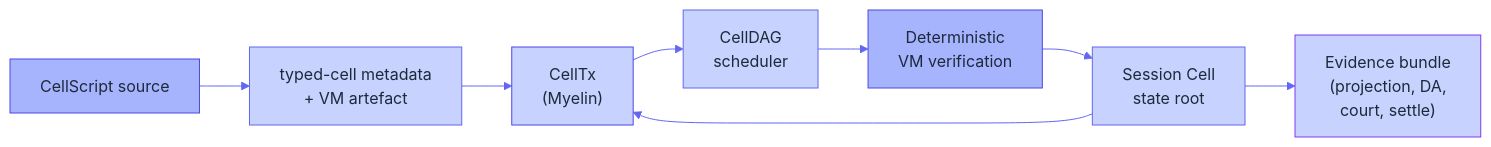
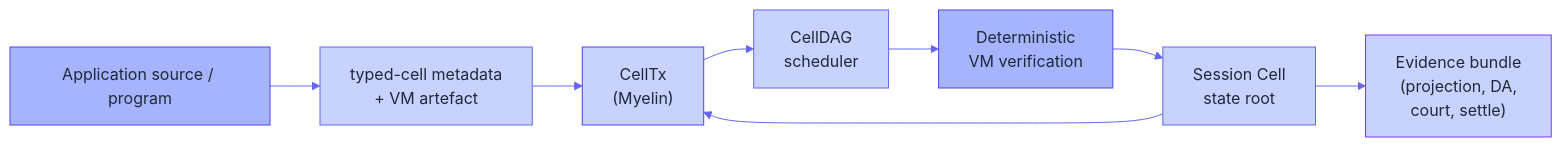
The first of 10 diagrams in docs/reference/architecture-diagrams.md (Myelin-Labs/Myelin), drawn with Mermaid before and after one commit. The commit also changed other lines of this file and 55 other files, not shown here.

Commit message:
Decouple CellScript tooling behind a generic contract artifact boundary

````diff
--- a/docs/reference/architecture-diagrams.md
+++ b/docs/reference/architecture-diagrams.md
@@ -18,33 +18,33 @@
 ```mermaid
 %%{init: {
   "theme": "base",
   "themeVariables": {
     "primaryColor": "#A5B4FC",
     "primaryTextColor": "#1E293B",
     "primaryBorderColor": "#4F46E5",
     "lineColor": "#6366F1",
     "secondaryColor": "#C7D2FE",
     "tertiaryColor": "#C7D2FE",
     "fontFamily": "Inter, system-ui, sans-serif"
   }
 }}%%
 flowchart LR
-    A["CellScript source"]:::source
+    A["Application source / program"]:::source
     B["typed-cell metadata<br/>+ VM artefact"]:::artefact
     C["CellTx<br/>(Myelin)"]:::tx
     D["CellDAG<br/>scheduler"]:::sched
     E["Deterministic<br/>VM verification"]:::vm
     F["Session Cell<br/>state root"]:::state
     G["Evidence bundle<br/>(projection, DA,<br/>court, settle)"]:::evidence
 
     A --> B --> C --> D --> E --> F --> G
     F --> C
 
     classDef source   fill:#A5B4FC,stroke:#4F46E5,color:#1E293B;
     classDef artefact fill:#C7D2FE,stroke:#6366F1,color:#1E293B;
     classDef tx       fill:#C7D2FE,stroke:#4F46E5,color:#1E293B;
     classDef sched    fill:#C7D2FE,stroke:#6366F1,color:#1E293B;
     classDef vm       fill:#A5B4FC,stroke:#4F46E5,color:#1E293B;
     classDef state    fill:#C7D2FE,stroke:#6366F1,color:#1E293B;
     classDef evidence fill:#C7D2FE,stroke:#7C3AED,color:#1E293B;
 ```
````
